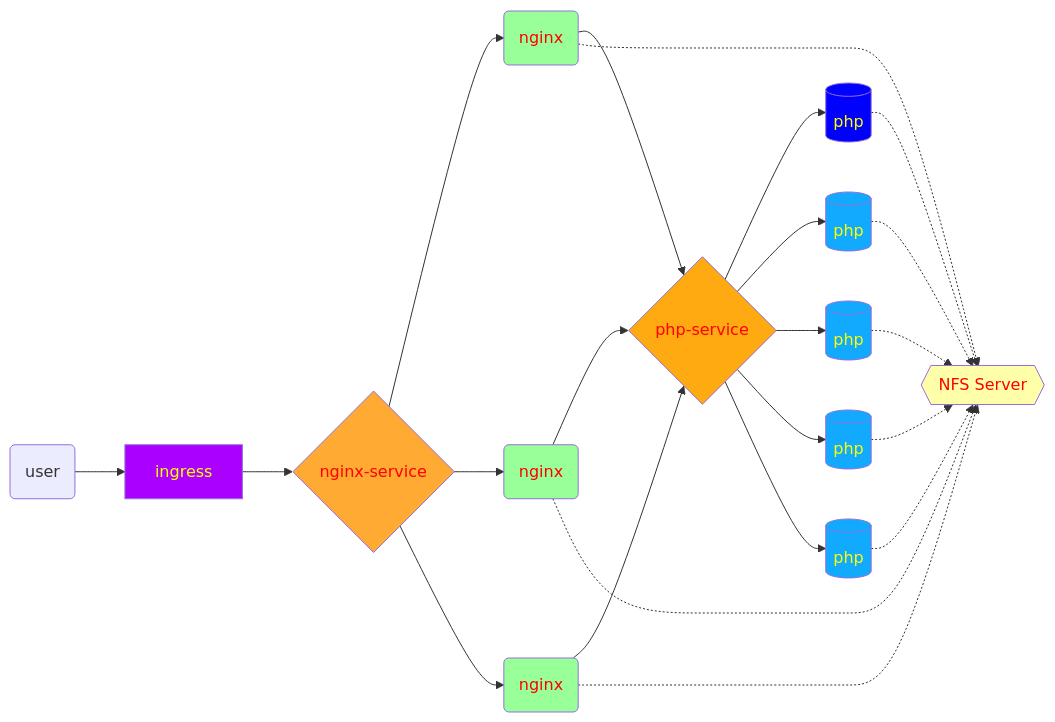
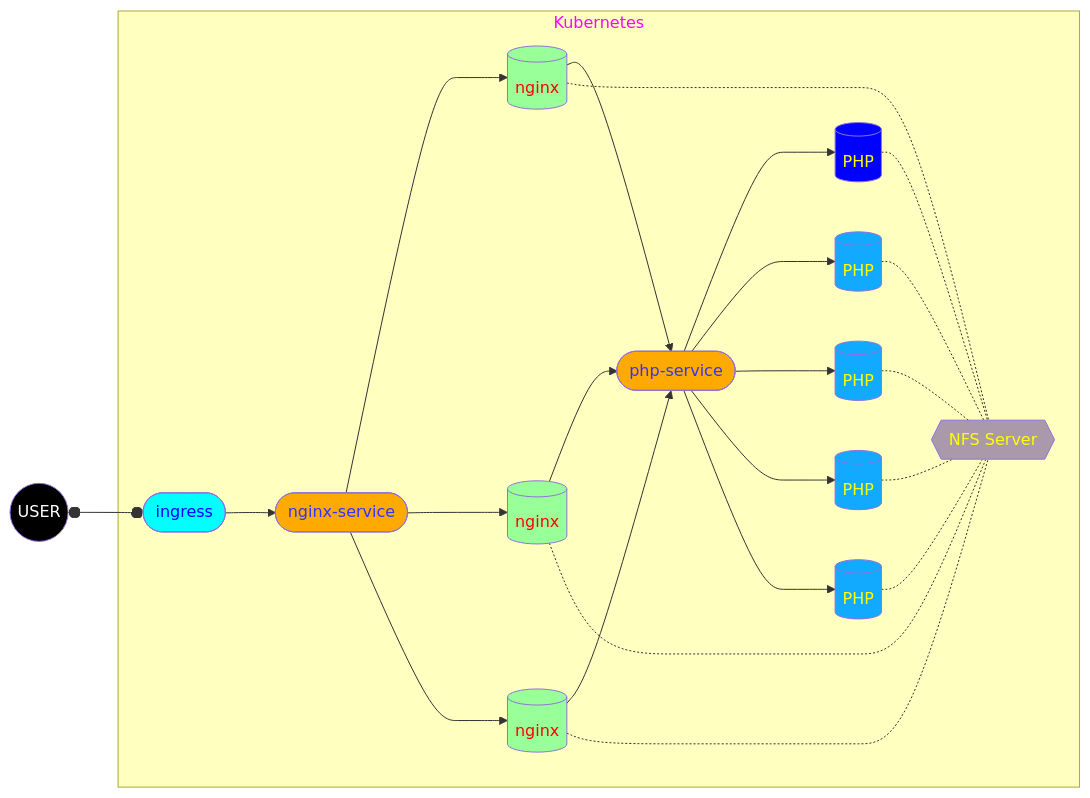
The second of 2 diagrams in CLOUD/10/K8S-05.md (byy1679/cloud), drawn with Mermaid before and after one commit. The commit also changed other lines of this file and 6 other files, not shown here.

````diff
--- a/CLOUD/10/K8S-05.md
+++ b/CLOUD/10/K8S-05.md
@@ -382,35 +384,22 @@
 ```mermaid
-graph LR
-U(user) --> I[ingress] --> SW{nginx-service}
-SW --> WEB1(nginx)
-SW --> WEB2(nginx)
-SW --> WEB3(nginx)
-WEB1 --> PS{php-service}
-WEB2 --> PS
-WEB3 --> PS
-PS --> PHP1[(php)]
-PS --> PHP2[(php)]
-PS --> PHP3[(php)]
-PS --> PHP4[(php)]
-PS --> PHP5[(php)]
-PHP1 -.-> NFS{{NFS Server}}
-PHP2 -.-> NFS
-PHP3 -.-> NFS
-PHP4 -.-> NFS
-PHP5 -.-> NFS
-WEB1 -.-> NFS
-WEB2 -.-> NFS
-WEB3 -.-> NFS
-style WEB1 color:#ff0000,fill:#99ff99
-style WEB2 color:#ff0000,fill:#99ff99
-style WEB3 color:#ff0000,fill:#99ff99
-style PHP1 color:#ffff00,fill:#0000ff
-style PHP2 color:#ffff00,fill:#11aaff
-style PHP3 color:#ffff00,fill:#11aaff
-style PHP4 color:#ffff00,fill:#11aaff
-style PHP5 color:#ffff00,fill:#11aaff
-style NFS color:#ff0000,fill:#ffffaa
-style PS color:#ff0000,fill:#ffaa11
-style SW color:#ff0000,fill:#ffaa33
-style I color:#ffff00,fill:#aa00ff
+flowchart LR
+U((USER)):::U;Kubernetes:::Kubernetes
+subgraph Kubernetes
+  I([ingress]):::I --> WS([nginx-service]):::S
+  WS ---> WEB1[(nginx)] & WEB2[(nginx)] & WEB3[(nginx)]
+  WEB1 & WEB2 & WEB3 --> PS([php-service]):::S 
+  PS ---> PHP1[(PHP)]:::PHP1 & PHP2[(PHP)] & PHP3[(PHP)] & PHP4[(PHP)] & PHP5[(PHP)]
+  WEB1 & WEB2 & WEB3 & PHP1 & PHP2 & PHP3 & PHP4 & PHP5 -.- NFS{{NFS Server}}:::NFS
+end
+classDef WEB color:#ff0000,fill:#99ff99
+class WEB1,WEB2,WEB3 WEB
+classDef PHP1 color:#ffff00,fill:#0000ff
+classDef PHP color:#ffff00,fill:#11aaff
+class PHP2,PHP3,PHP4,PHP5 PHP
+classDef NFS color:#ffff00,fill:#aa99aa
+classDef S fill:#ffaa00,color:#3333ff
+classDef I fill:#00ffff,color:#0000ff
+classDef U fill:#000000,color:#ffffff
+classDef Kubernetes fill:#ffffc0,color:#ff00ff
+U o--o I
 ```
````
